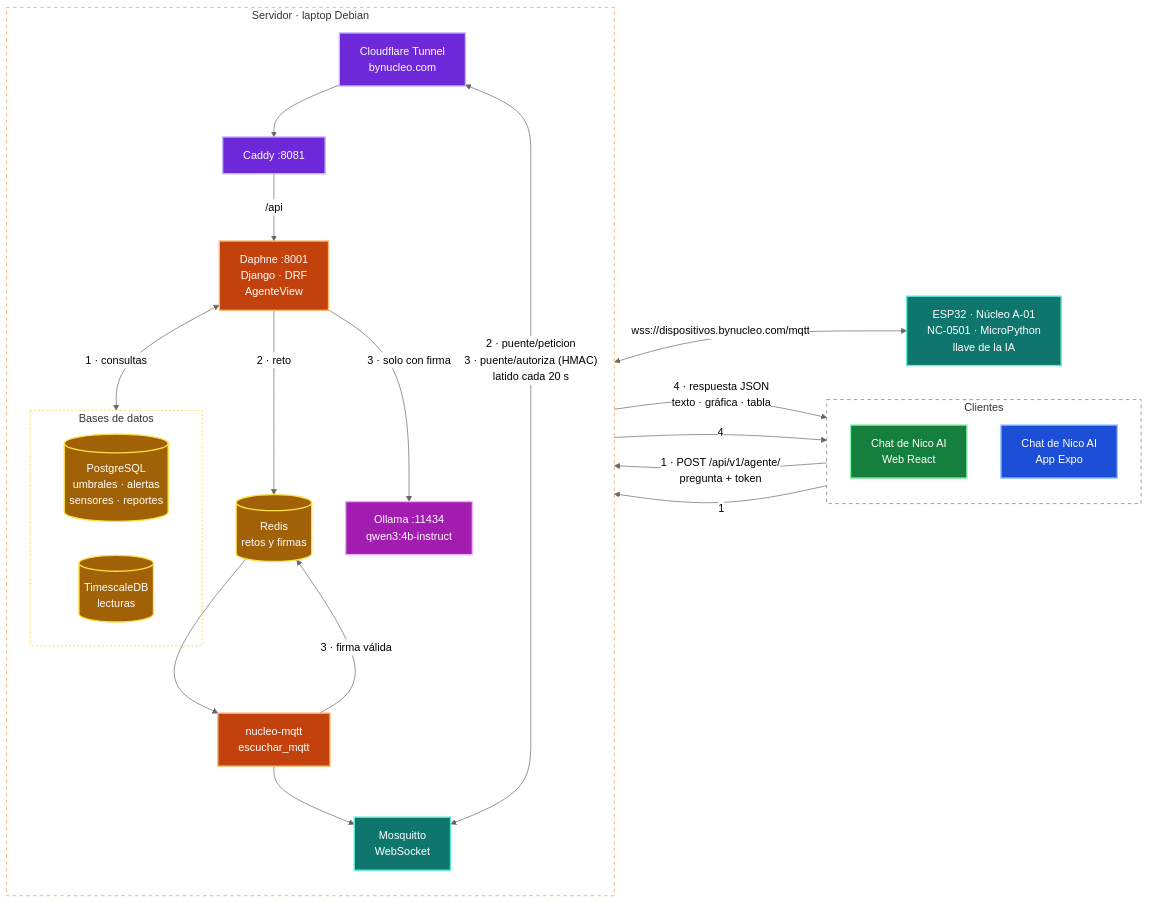
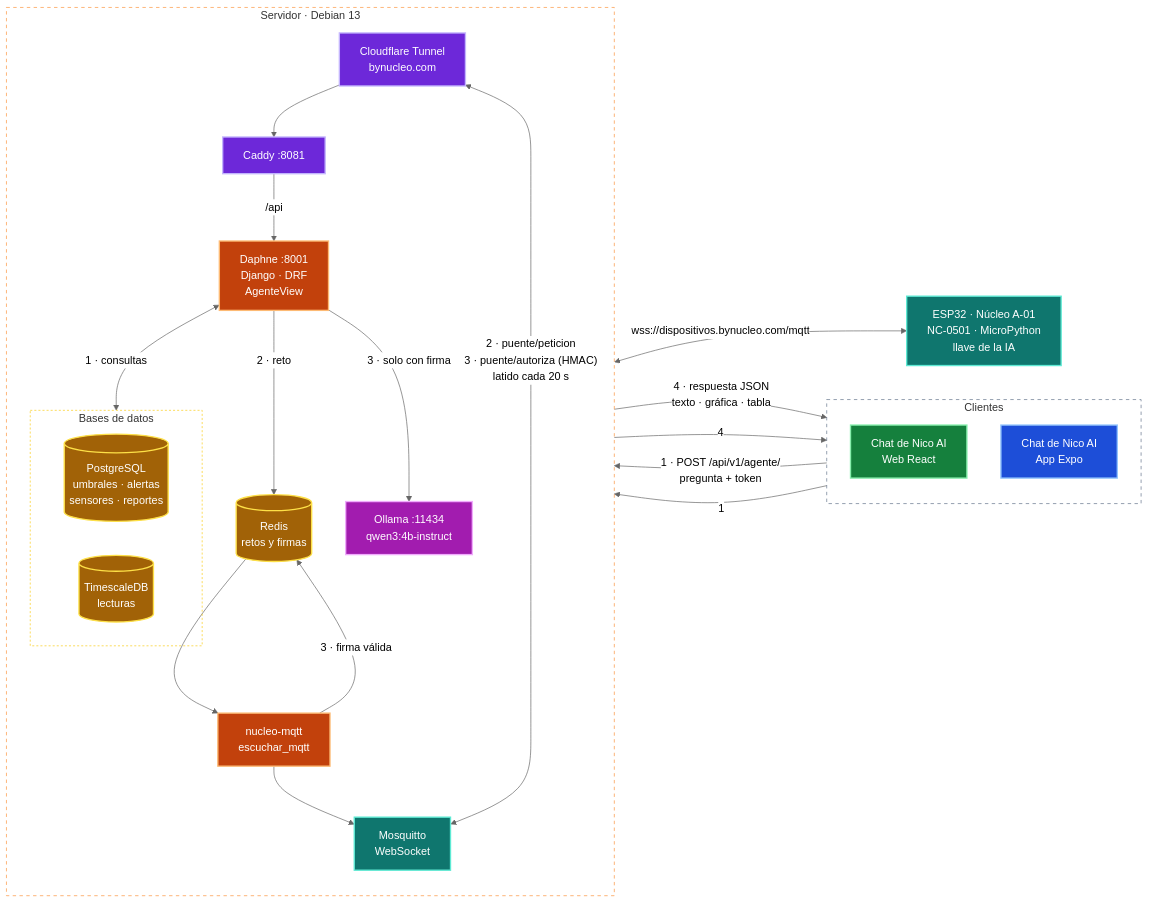
One commit to BrandonGlz/Nucleo changed the diagram in Context/agente/nico-ai.md. Above: the diagram before and after it, drawn with Mermaid (neutral theme). The commit also changed other lines of this file and 12 other files, not shown here.

````diff
--- a/Context/agente/nico-ai.md
+++ b/Context/agente/nico-ai.md
@@ -9,53 +9,53 @@
 ```mermaid
 flowchart LR
     subgraph CL["Clientes"]
         direction TB
         W["Chat de Nico AI<br/>Web React"]
         A["Chat de Nico AI<br/>App Expo"]
     end
-    subgraph HOST["Servidor · laptop Debian"]
+    subgraph HOST["Servidor · Debian 13"]
         direction TB
         CF["Cloudflare Tunnel<br/>bynucleo.com"]
         C["Caddy :8081"]
         D["Daphne :8001<br/>Django · DRF<br/>AgenteView"]
         R[("Redis<br/>retos y firmas")]
         MQ["nucleo-mqtt<br/>escuchar_mqtt"]
         M["Mosquitto<br/>WebSocket"]
         subgraph BD["Bases de datos"]
             PG[("PostgreSQL<br/>umbrales · alertas<br/>sensores · reportes")]
             TDB[("TimescaleDB<br/>lecturas")]
         end
         O["Ollama :11434<br/>qwen3:4b-instruct"]
     end
     E["ESP32 · Núcleo A-01<br/>NC-0501 · MicroPython<br/>llave de la IA"]
 
     W -->|"1 · POST /api/v1/agente/<br/>pregunta + token"| CF
     A -->|"1"| CF
     CF --> C -->|"/api"| D
     D <-->|"1 · consultas"| BD
     D -->|"2 · reto"| R
     R --> MQ --> M
     M <-->|"2 · puente/peticion<br/>3 · puente/autoriza (HMAC)<br/>latido cada 20 s"| CF
     CF <-->|"wss://dispositivos.bynucleo.com/mqtt"| E
     MQ -->|"3 · firma válida"| R
     D -->|"3 · solo con firma"| O
     D -->|"4 · respuesta JSON<br/>texto · gráfica · tabla"| W
     D -->|"4"| A
     classDef cliente fill:#1d4ed8,stroke:#93c5fd,color:#fff,stroke-width:2px
     classDef red fill:#6d28d9,stroke:#c4b5fd,color:#fff,stroke-width:2px
     classDef web fill:#15803d,stroke:#86efac,color:#fff,stroke-width:2px
     classDef backend fill:#c2410c,stroke:#fdba74,color:#fff,stroke-width:2px
     classDef datos fill:#a16207,stroke:#fde047,color:#fff,stroke-width:2px
     classDef iot fill:#0f766e,stroke:#5eead4,color:#fff,stroke-width:2px
     classDef externo fill:#a21caf,stroke:#f0abfc,color:#fff,stroke-width:2px
     class W web
     class A cliente
     class CF,C red
     class D,MQ backend
     class R,PG,TDB datos
     class E,M iot
     class O externo
     style CL fill:transparent,stroke:#64748b,stroke-dasharray:5 5
     style HOST fill:transparent,stroke:#fb923c,stroke-dasharray:5 5
     style BD fill:transparent,stroke:#facc15,stroke-dasharray:3 3
 ```
````
